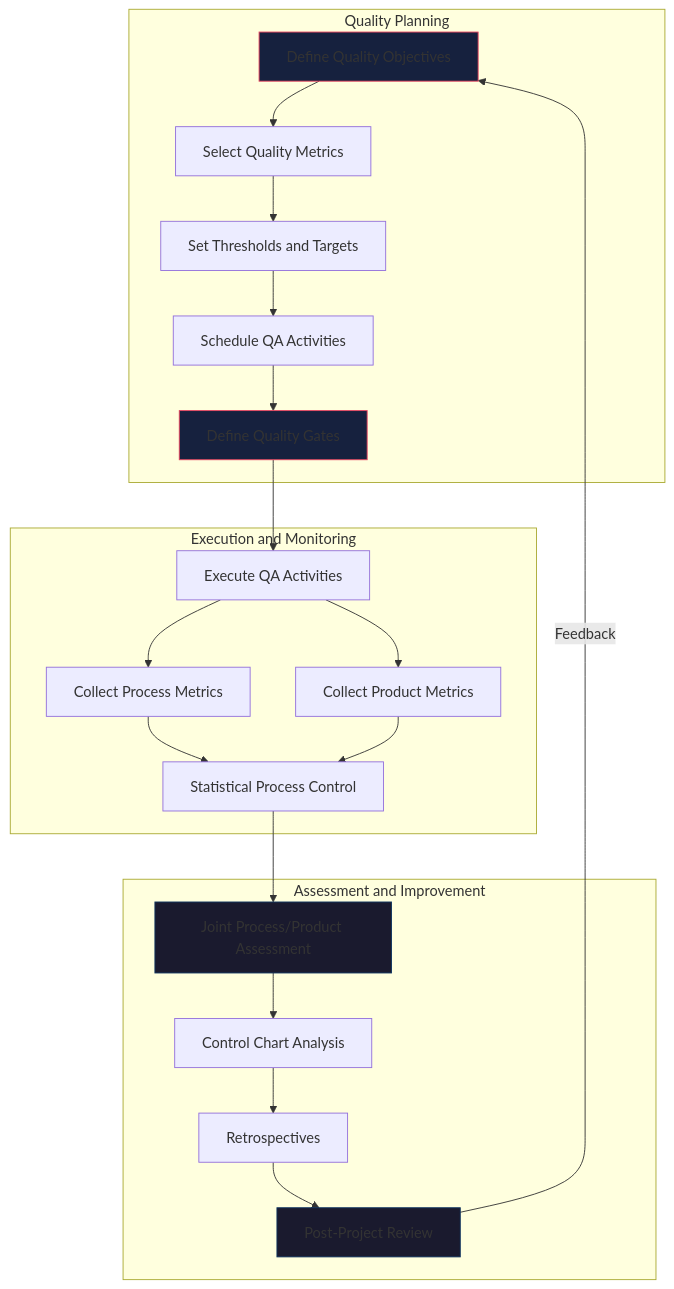
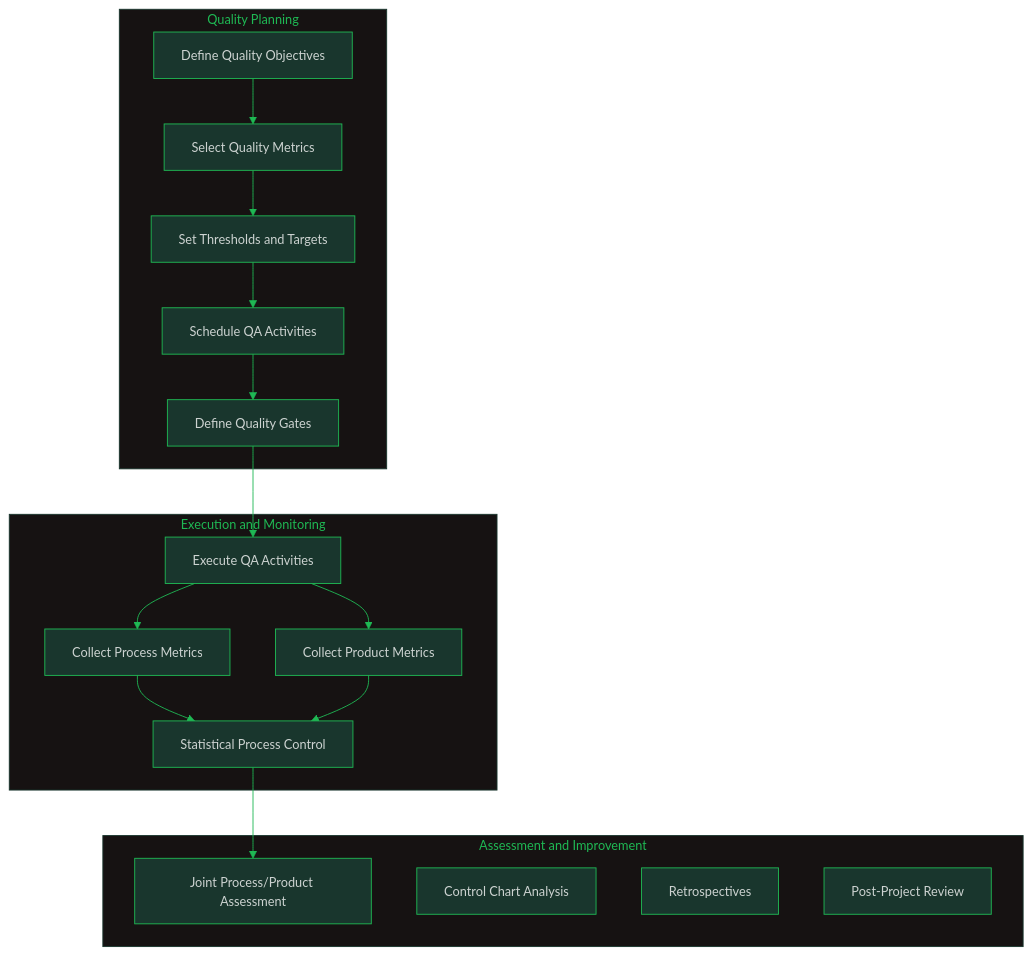
The seventh of 7 diagrams in software-engineering-note/09_Software_Engineering_Management/10_Quality_Planning_and_Process_Monitoring.md (oat431/swe-knowledge), drawn with Mermaid before and after one commit. The commit also changed other lines of this file and 11 other files, not shown here.

````diff
--- a/software-engineering-note/09_Software_Engineering_Management/10_Quality_Planning_and_Process_Monitoring.md
+++ b/software-engineering-note/09_Software_Engineering_Management/10_Quality_Planning_and_Process_Monitoring.md
@@ -449,39 +460,31 @@
 ```mermaid
+%%{init: {'theme':'base','themeVariables':{'primaryColor':'#19362D','primaryTextColor':'#CDD3D1','primaryBorderColor':'#1FB854','lineColor':'#1FB854','secondaryColor':'#161212','tertiaryColor':'#1B1717','background':'#1B1717','mainBkg':'#19362D','nodeBorder':'#1FB854','clusterBkg':'#161212','clusterBorder':'#19362D','titleColor':'#1FB854','edgeLabelBackground':'#161212','fontSize':'14px'}}}%%
 flowchart TD
     subgraph Quality Planning
         A[Define Quality Objectives]
         B[Select Quality Metrics]
         C[Set Thresholds and Targets]
         D[Schedule QA Activities]
         E[Define Quality Gates]
     end
     subgraph Execution and Monitoring
         F[Execute QA Activities]
         G[Collect Process Metrics]
         H[Collect Product Metrics]
         I[Statistical Process Control]
     end
     subgraph Assessment and Improvement
         J[Joint Process/Product Assessment]
         K[Control Chart Analysis]
         L[Retrospectives]
         M[Post-Project Review]
     end
     
     A --> B --> C --> D --> E
     E --> F
     F --> G
     F --> H
     G --> I
     H --> I
     I --> J
-    J --> K
-    K --> L
-    L --> M
-    M -->|Feedback| A
-    
-    style A fill:#16213e,stroke:#e94560
-    style E fill:#16213e,stroke:#e94560
-    style J fill:#1a1a2e,stroke:#0f3460
-    style M fill:#1a1a2e,stroke:#0f3460
 ```
````
